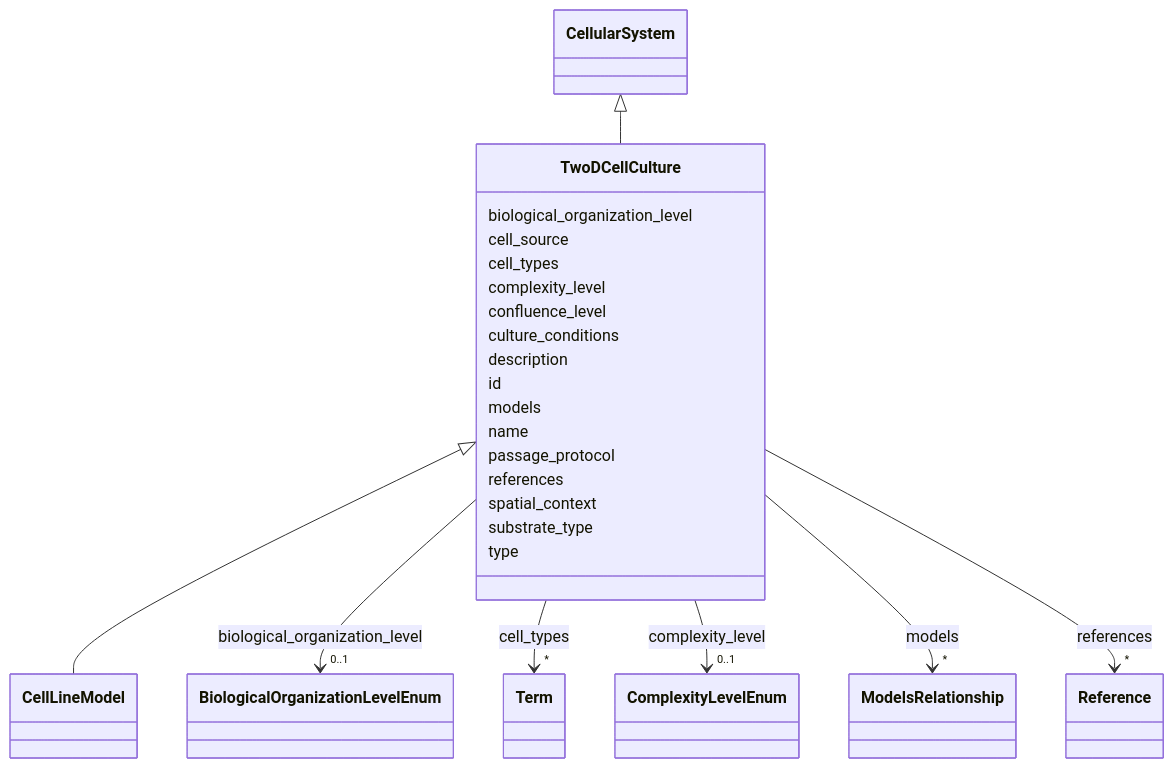
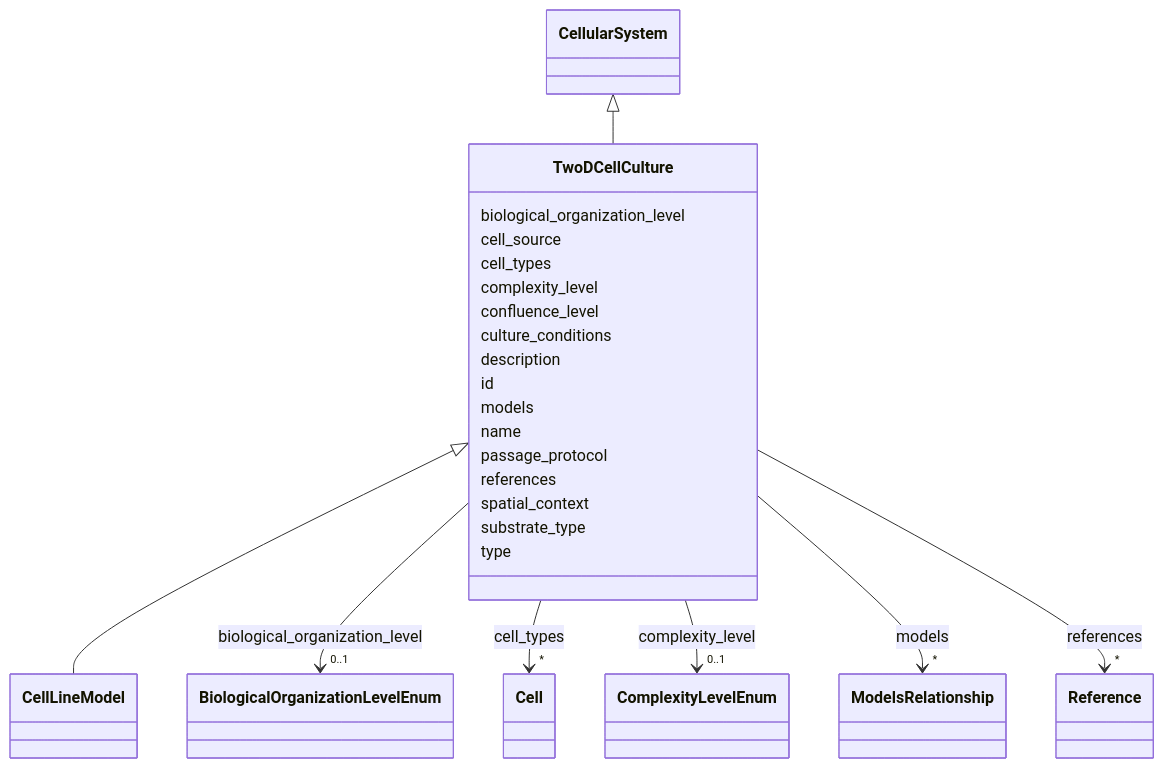
One commit to monarch-initiative/namo changed the diagram in docs/elements/TwoDCellCulture.md. Above: the diagram before and after it, drawn with Mermaid. The commit also changed other lines of this file and 307 other files, not shown here.

```diff
--- a/docs/elements/TwoDCellCulture.md
+++ b/docs/elements/TwoDCellCulture.md
@@ -46,8 +51,8 @@
     
         
         
-        TwoDCellCulture --> "*" Term : cell_types
-        click Term href "../Term/"
+        TwoDCellCulture --> "*" Cell : cell_types
+        click Cell href "../Cell/"
     
 
         
```
